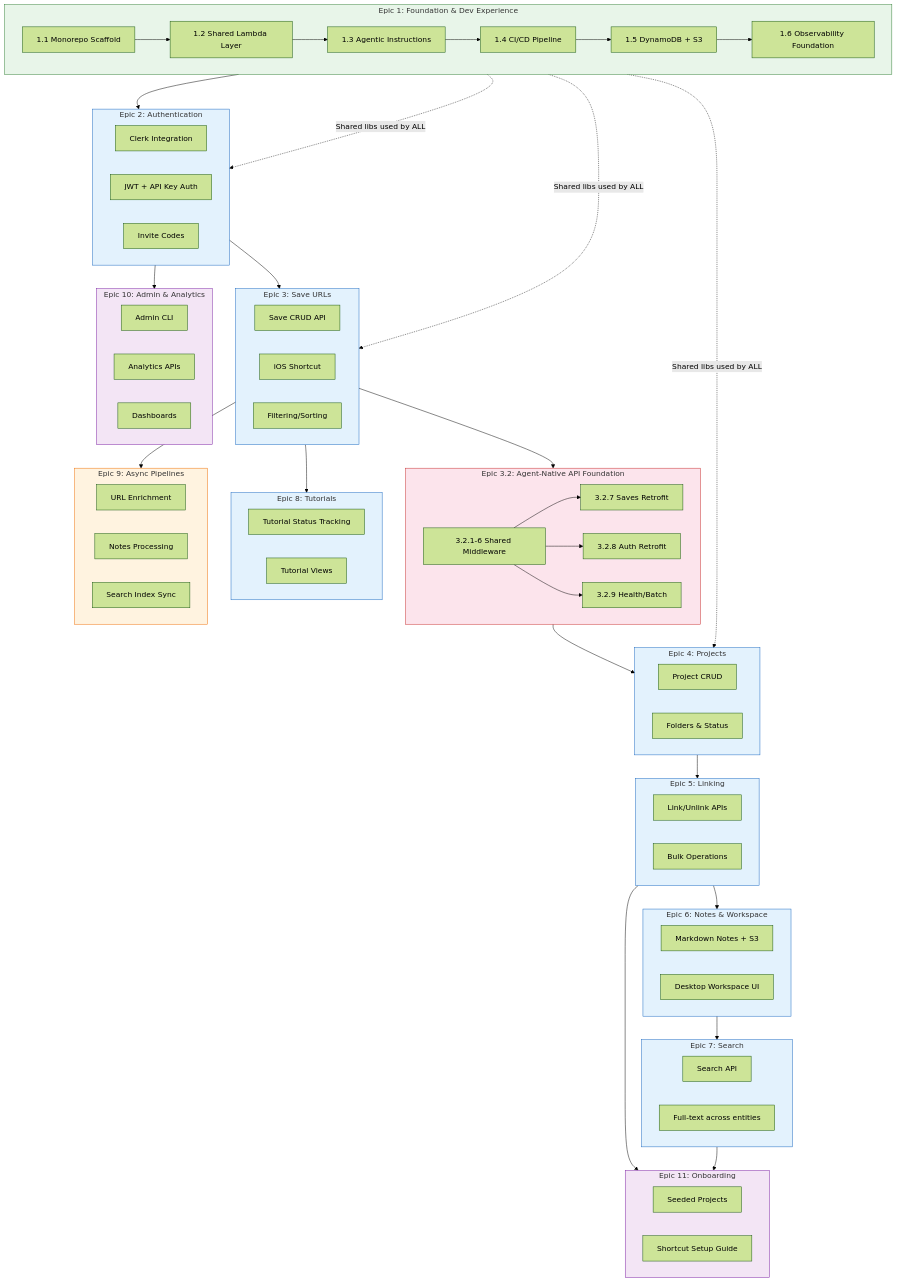
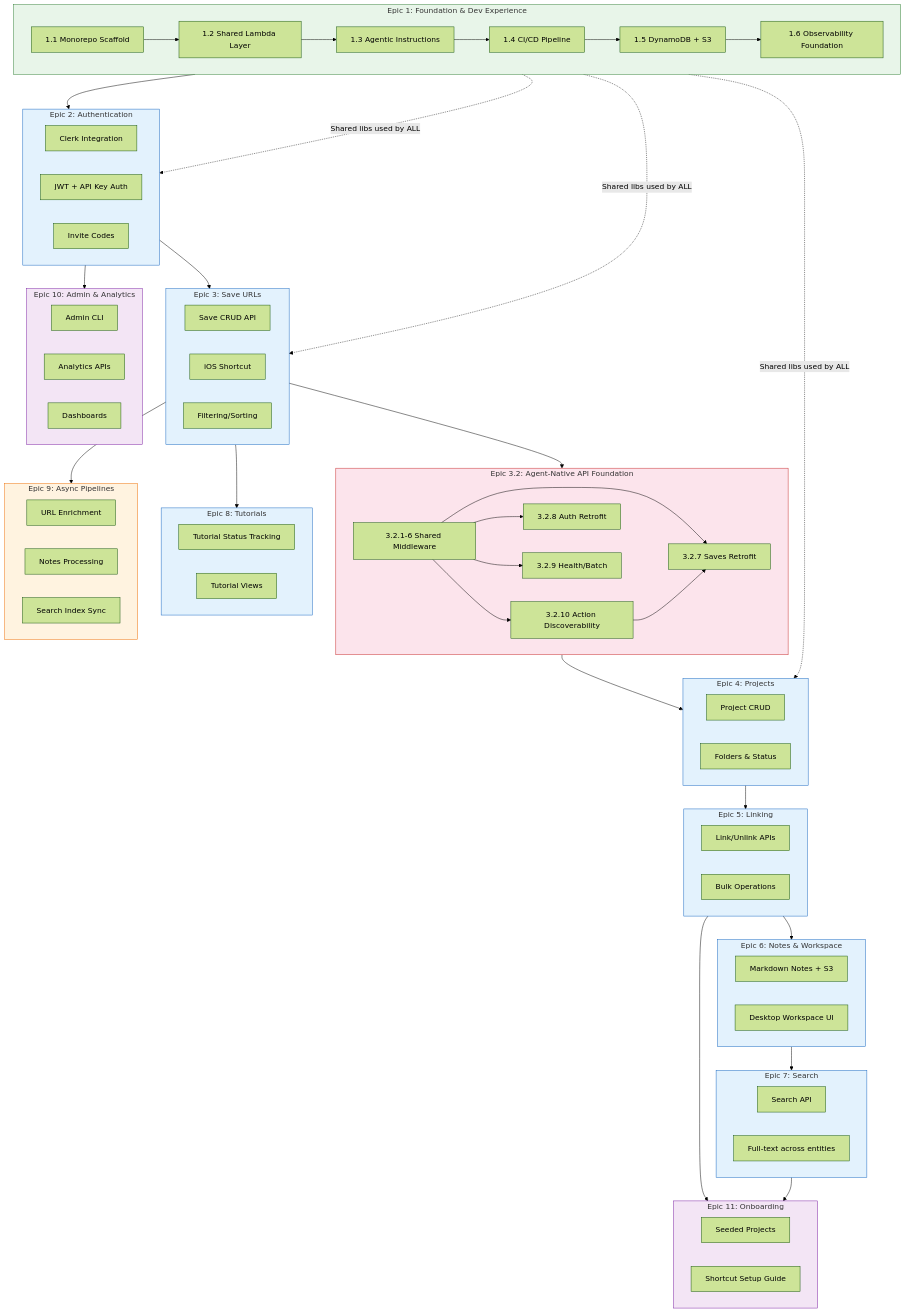
One commit to cirruslycurious/ai-learning-hub changed the diagram in _bmad-output/planning-artifacts/epics.md. Above: the diagram before and after it, drawn with Mermaid (forest theme). The commit also changed other lines of this file and 4 other files, not shown here.

First line of the commit message:
feat: add Story 3.2.10 — Proactive Action Discoverability

```diff
--- a/_bmad-output/planning-artifacts/epics.md
+++ b/_bmad-output/planning-artifacts/epics.md
@@ -436,11 +437,14 @@
 
     subgraph AgentNative["Epic 3.2: Agent-Native API Foundation"]
         AN1["3.2.1-6 Shared Middleware"]
+        AN5["3.2.10 Action Discoverability"]
         AN2["3.2.7 Saves Retrofit"]
         AN3["3.2.8 Auth Retrofit"]
         AN4["3.2.9 Health/Batch"]
 
+        AN1 --> AN5
         AN1 --> AN2
+        AN5 --> AN2
         AN1 --> AN3
         AN1 --> AN4
     end
```
